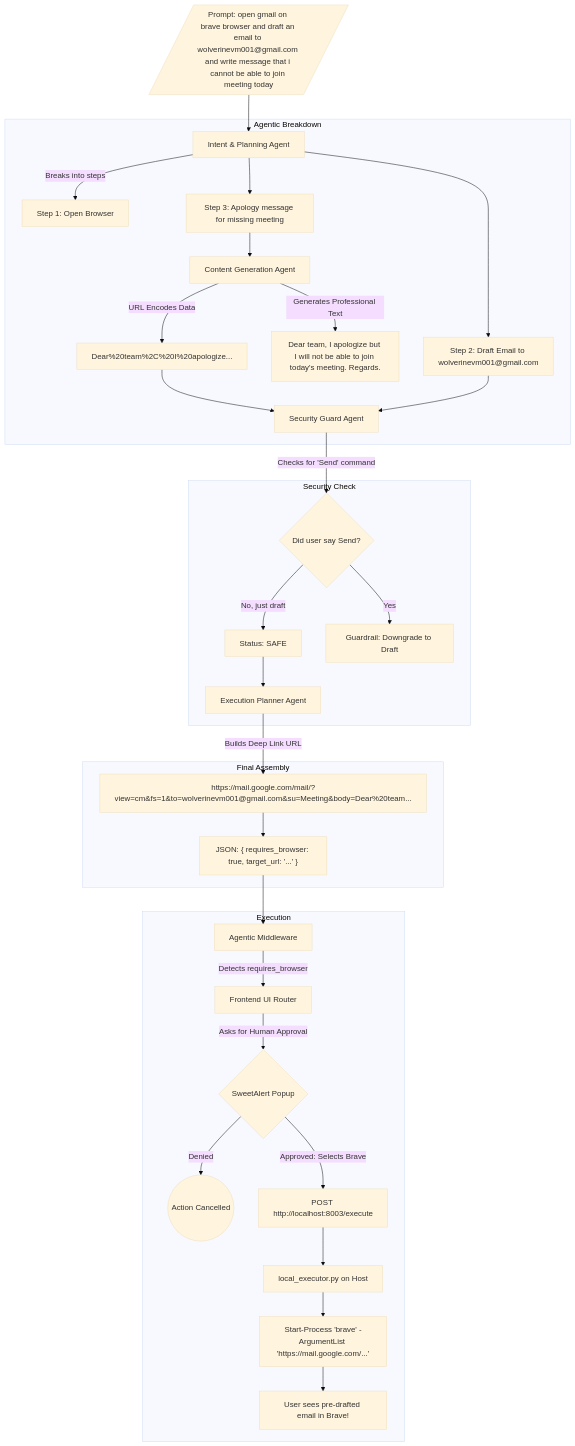
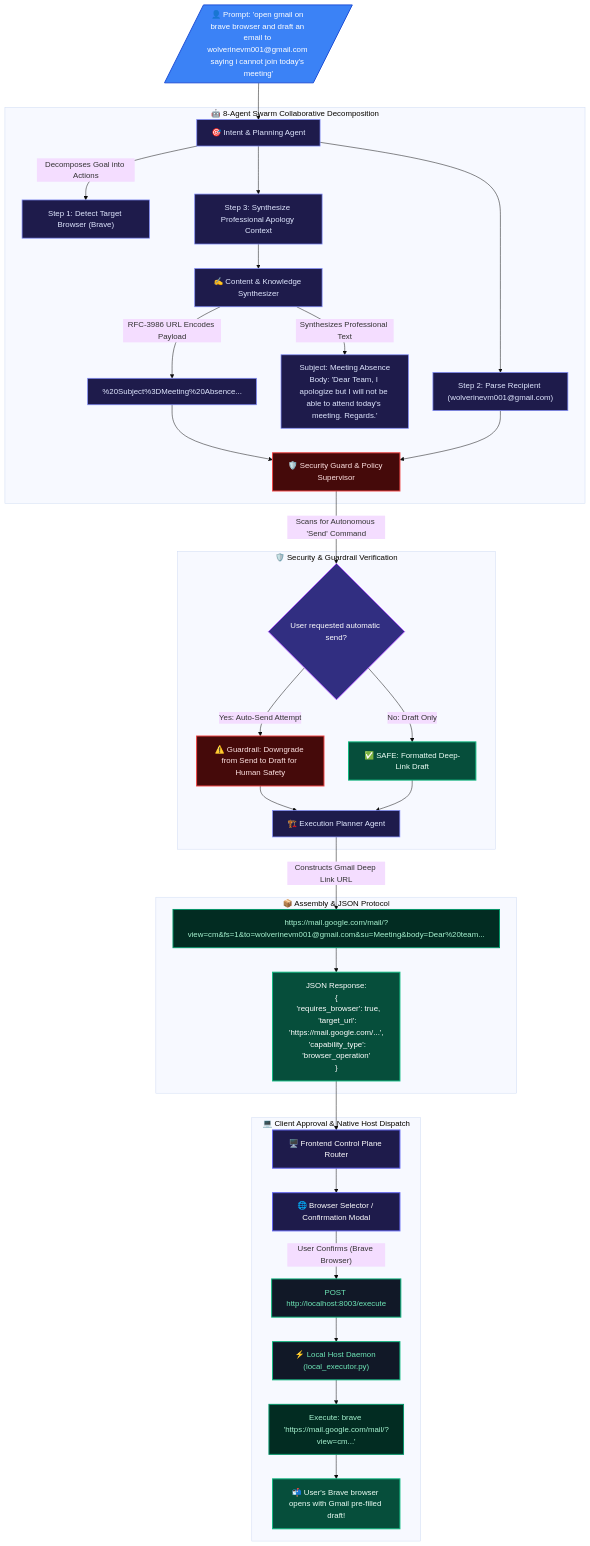
One commit to vishwajitvm/OmniShell changed the diagram in docs/diagrams/example_gmail_flow.mmd. Above: the diagram before and after it, drawn with Mermaid (base theme). The commit also changed 19 other files, not shown here.

```diff
--- a/docs/diagrams/example_gmail_flow.mmd
+++ b/docs/diagrams/example_gmail_flow.mmd
@@ -1,40 +1,53 @@
-graph TD;
-    %% The Specific Gmail Example
-    Prompt[/"Prompt: open gmail on brave browser and draft an email to wolverinevm001@gmail.com and write message that i cannot be able to join meeting today"/] --> IntentAgent[Intent & Planning Agent]
+graph TD
+    %% ============================================================
+    %% COMPLEX GMAIL DEEP LINKING & BROWSER AUTOMATION WORKFLOW
+    %% ============================================================
 
-    subgraph Agentic Breakdown
-        IntentAgent -->|Breaks into steps| Step1[Step 1: Open Browser]
-        IntentAgent --> Step2[Step 2: Draft Email to wolverinevm001@gmail.com]
-        IntentAgent --> Step3[Step 3: Apology message for missing meeting]
+    Prompt[/"👤 Prompt: 'open gmail on brave browser and draft an email to wolverinevm001@gmail.com saying i cannot join today's meeting'"/]:::userClass --> IntentAgent["🎯 Intent & Planning Agent"]:::agentClass
+
+    subgraph SwarmProcessing ["🤖 8-Agent Swarm Collaborative Decomposition"]
+        IntentAgent -->|"Decomposes Goal into Actions"| Step1["Step 1: Detect Target Browser (Brave)"]:::agentClass
+        IntentAgent --> Step2["Step 2: Parse Recipient (wolverinevm001@gmail.com)"]:::agentClass
+        IntentAgent --> Step3["Step 3: Synthesize Professional Apology Context"]:::agentClass
         
-        Step3 --> ContentAgent[Content Generation Agent]
-        ContentAgent -->|Generates Professional Text| BodyText["Dear team, I apologize but I will not be able to join today's meeting. Regards."]
-        ContentAgent -->|URL Encodes Data| EncodedBody["Dear%20team%2C%20I%20apologize..."]
+        Step3 --> ContentAgent["✍️ Content & Knowledge Synthesizer"]:::agentClass
+        ContentAgent -->|"Synthesizes Professional Text"| BodyText["Subject: Meeting Absence\nBody: 'Dear Team, I apologize but I will not be able to attend today's meeting. Regards.'"]:::agentClass
+        ContentAgent -->|"RFC-3986 URL Encodes Payload"| EncodedBody["%20Subject%3DMeeting%20Absence..."]:::agentClass
         
-        EncodedBody --> SecGuard[Security Guard Agent]
+        EncodedBody --> SecGuard["🛡️ Security Guard & Policy Supervisor"]:::secClass
         Step2 --> SecGuard
     end
 
-    subgraph Security Check
-        SecGuard -->|Checks for 'Send' command| CheckSend{Did user say Send?}
-        CheckSend -->|No, just draft| Safe[Status: SAFE]
-        CheckSend -->|Yes| BlockSend[Guardrail: Downgrade to Draft]
-        Safe --> ExecPlanner[Execution Planner Agent]
+    subgraph SecurityGate ["🛡️ Security & Guardrail Verification"]
+        SecGuard -->|"Scans for Autonomous 'Send' Command"| CheckSend{"User requested automatic send?"}:::decisionClass
+        CheckSend -->|"No: Draft Only"| Safe["✅ SAFE: Formatted Deep-Link Draft"]:::verifyClass
+        CheckSend -->|"Yes: Auto-Send Attempt"| Downgrade["⚠️ Guardrail: Downgrade from Send to Draft for Human Safety"]:::secClass
+        Downgrade --> ExecPlanner["🏗️ Execution Planner Agent"]:::agentClass
+        Safe --> ExecPlanner
     end
 
-    subgraph Final Assembly
-        ExecPlanner -->|Builds Deep Link URL| FinalURL["https://mail.google.com/mail/?view=cm&fs=1&to=wolverinevm001@gmail.com&su=Meeting&body=Dear%20team..."]
-        FinalURL --> OutputJSON["JSON: { requires_browser: true, target_url: '...' }"]
+    subgraph AssemblyAndRouting ["📦 Assembly & JSON Protocol"]
+        ExecPlanner -->|"Constructs Gmail Deep Link URL"| FinalURL["https://mail.google.com/mail/?view=cm&fs=1&to=wolverinevm001@gmail.com&su=Meeting&body=Dear%20team..."]:::execClass
+        FinalURL --> OutputJSON["JSON Response:\n{\n  'requires_browser': true,\n  'target_url': 'https://mail.google.com/...',\n  'capability_type': 'browser_operation'\n}"]:::backendClass
     end
 
-    subgraph Execution
-        OutputJSON --> Middleware[Agentic Middleware]
-        Middleware -->|Detects requires_browser| UIRouter[Frontend UI Router]
-        UIRouter -->|Asks for Human Approval| SweetAlert{SweetAlert Popup}
+    subgraph ClientAndHostDispatch ["💻 Client Approval & Native Host Dispatch"]
+        OutputJSON --> FrontendRouter["🖥️ Frontend Control Plane Router"]:::uiClass
+        FrontendRouter --> BrowserModal["🌐 Browser Selector / Confirmation Modal"]:::uiClass
         
-        SweetAlert -->|Denied| Cancel((Action Cancelled))
-        SweetAlert -->|Approved: Selects Brave| HostAPI[POST http://localhost:8003/execute]
-        HostAPI --> LocalPy[local_executor.py on Host]
-        LocalPy --> BraveLaunch[Start-Process 'brave' -ArgumentList 'https://mail.google.com/...']
-        BraveLaunch --> UI[User sees pre-drafted email in Brave!]
+        BrowserModal -->|"User Confirms (Brave Browser)"| HostAPI["POST http://localhost:8003/execute"]:::hostClass
+        HostAPI --> LocalDaemon["⚡ Local Host Daemon (local_executor.py)"]:::hostClass
+        LocalDaemon --> LaunchBrave["Execute: brave 'https://mail.google.com/mail/?view=cm...'"]:::execClass
+        LaunchBrave --> Result["📬 User's Brave browser opens with Gmail pre-filled draft!"]:::verifyClass
     end
+
+    %% Class Styles
+    classDef userClass fill:#3b82f6,stroke:#1d4ed8,color:#ffffff,stroke-width:2px;
+    classDef agentClass fill:#1e1b4b,stroke:#818cf8,color:#e0e7ff,stroke-width:1.5px;
+    classDef secClass fill:#450a0a,stroke:#ef4444,color:#fee2e2,stroke-width:2px;
+    classDef decisionClass fill:#312e81,stroke:#a855f7,color:#ffffff,stroke-width:2px;
+    classDef verifyClass fill:#064e3b,stroke:#10b981,color:#ecfdf5,stroke-width:2px;
+    classDef execClass fill:#022c22,stroke:#059669,color:#a7f3d0,stroke-width:2px;
+    classDef backendClass fill:#064e3b,stroke:#10b981,color:#ffffff,stroke-width:2px;
+    classDef uiClass fill:#1e1b4b,stroke:#6366f1,color:#ffffff,stroke-width:2px;
+    classDef hostClass fill:#111827,stroke:#10b981,color:#6ee7b7,stroke-width:2px;
```
